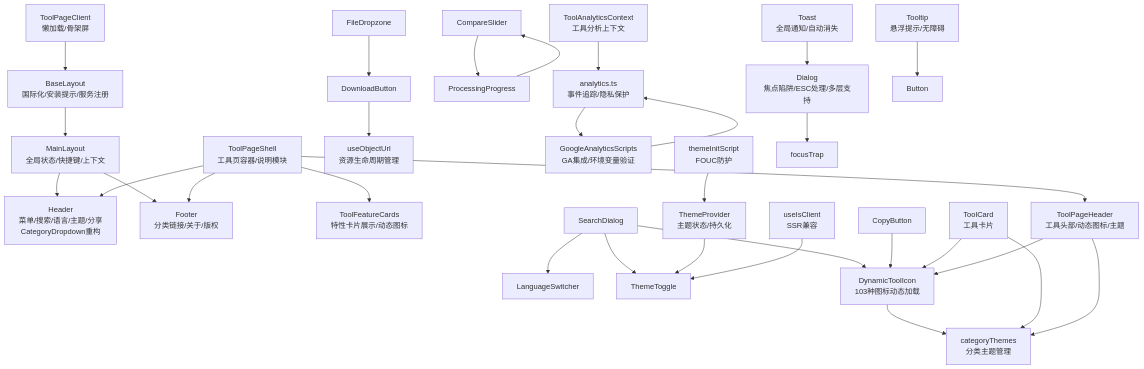
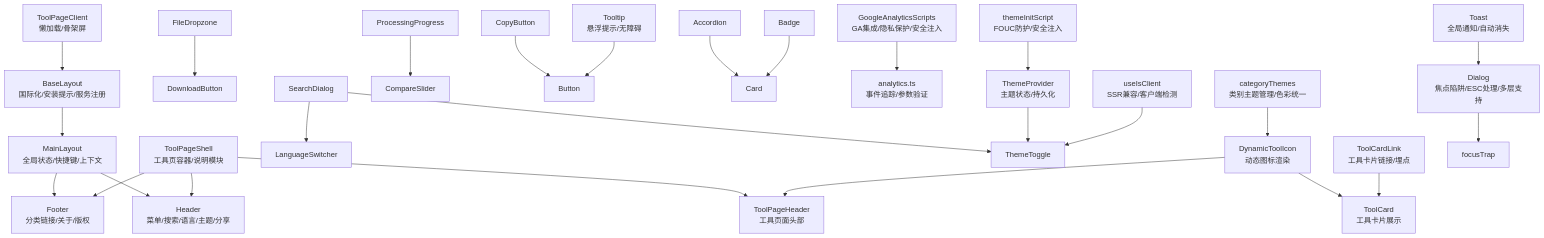
Before and after one commit to sgyy/privadeck: the second of 3 diagrams in .qoder/repowiki/zh/content/UI组件系统/UI组件系统.md, drawn with Mermaid. The commit also changed other lines of this file and 48 other files, not shown here.

````diff
--- a/.qoder/repowiki/zh/content/UI组件系统/UI组件系统.md
+++ b/.qoder/repowiki/zh/content/UI组件系统/UI组件系统.md
@@ -325,33 +266,28 @@
 ```mermaid
 graph TB
-ML["MainLayout<br/>全局状态/快捷键/上下文"] --> HDR["Header<br/>菜单/搜索/语言/主题/分享<br/>CategoryDropdown重构"]
+ML["MainLayout<br/>全局状态/快捷键/上下文"] --> HDR["Header<br/>菜单/搜索/语言/主题/分享"]
 ML --> FTR["Footer<br/>分类链接/关于/版权"]
 BL["BaseLayout<br/>国际化/安装提示/服务注册"] --> ML
 TPS["ToolPageShell<br/>工具页容器/说明模块"] --> HDR
 TPS --> FTR
-TPS --> TFC["ToolFeatureCards<br/>特性卡片展示/动态图标"]
-TPS --> TPH["ToolPageHeader<br/>工具头部/动态图标/主题"]
+TPS --> TPH["ToolPageHeader<br/>工具页面头部"]
 TPC["ToolPageClient<br/>懒加载/骨架屏"] --> BL
 FDZ["FileDropzone"] --> DNB["DownloadButton"]
 SDI["SearchDialog"] --> LSW["LanguageSwitcher"]
 SDI --> TMT["ThemeToggle"]
-SDI --> DTI["DynamicToolIcon<br/>103种图标动态加载"]
-CMP["CompareSlider"] --> PPG["ProcessingProgress"]
-CPB["CopyButton"] --> DTI
-PPG --> CMP
-DNB --> UOU["useObjectUrl<br/>资源生命周期管理"]
-DTI --> CTS["categoryThemes<br/>分类主题管理"]
-TC["ToolCard<br/>工具卡片"] --> DTI
-TC --> CTS
-TPH --> DTI
-TPH --> CTS
-TAC["ToolAnalyticsContext<br/>工具分析上下文"] --> ANL["analytics.ts<br/>事件追踪/隐私保护"]
-GAS["GoogleAnalyticsScripts<br/>GA集成/环境变量验证"] --> ANL
+PPG["ProcessingProgress"] --> CMP["CompareSlider"]
+CPB["CopyButton"] --> BTN["Button"]
+ACC["Accordion"] --> CAR["Card"]
+BAD["Badge"] --> CAR
+GAS["GoogleAnalyticsScripts<br/>GA集成/隐私保护/安全注入"] --> ANL["analytics.ts<br/>事件追踪/参数验证"]
 TPR["ThemeProvider<br/>主题状态/持久化"] --> TMT
-TIS["themeInitScript<br/>FOUC防护"] --> TPR
-UIC["useIsClient<br/>SSR兼容"] --> TMT
+TIS["themeInitScript<br/>FOUC防护/安全注入"] --> TPR
+CTH["categoryThemes<br/>类别主题管理/色彩统一"] --> DTI["DynamicToolIcon<br/>动态图标渲染"]
+DTI --> TCR["ToolCard<br/>工具卡片展示"]
+DTI --> TPH
+TCL["ToolCardLink<br/>工具卡片链接/埋点"] --> TCR
+UIC["useIsClient<br/>SSR兼容/客户端检测"] --> TMT
 DLG["Dialog<br/>焦点陷阱/ESC处理/多层支持"] --> FT["focusTrap"]
 TST["Toast<br/>全局通知/自动消失"] --> DLG
-TTP["Tooltip<br/>悬浮提示/无障碍"] --> BTN["Button"]
-ANL["analytics.ts<br/>事件追踪/隐私保护"] --> GAS
+TTP["Tooltip<br/>悬浮提示/无障碍"] --> BTN
 ```
````
